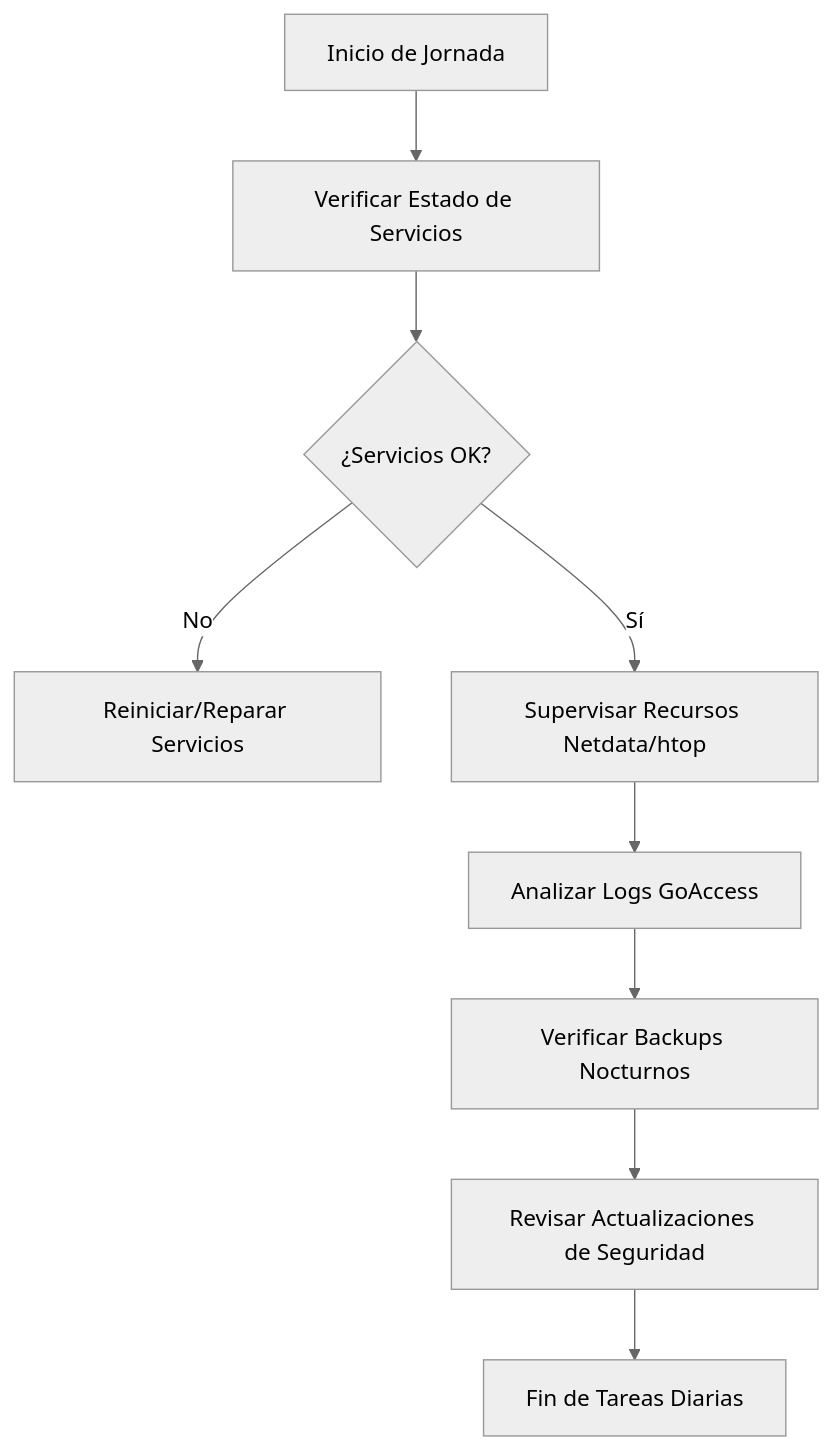
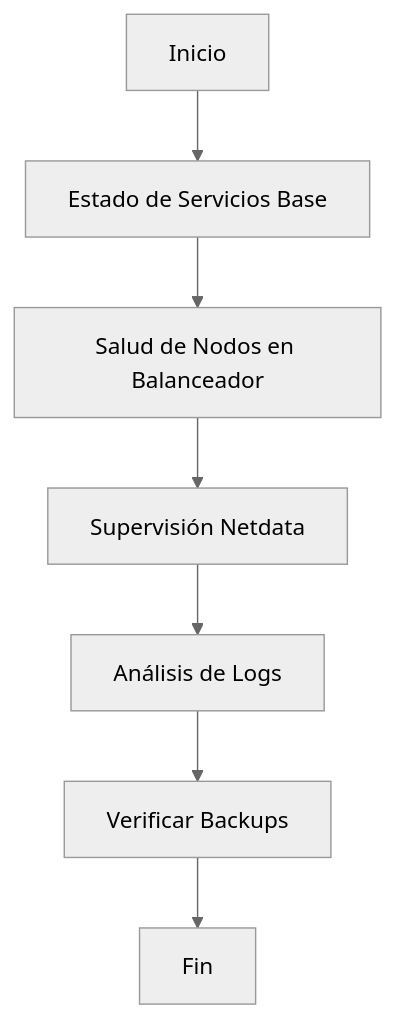
One commit to vjp-yusefLC/proyecto-git-md changed the diagram in docs/05-operacion.md. Above: the diagram before and after it, drawn with Mermaid (neutral theme). The commit also changed other lines of this file and 1 other file, not shown here.

````diff
--- a/docs/05-operacion.md
+++ b/docs/05-operacion.md
@@ -11,11 +9,9 @@
 ```mermaid
 graph TD
-    A[Inicio de Jornada] --> B[Verificar Estado de Servicios]
-    B --> C{¿Servicios OK?}
-    C -- No --> D[Reiniciar/Reparar Servicios]
-    C -- Sí --> E[Supervisar Recursos Netdata/htop]
-    E --> F[Analizar Logs GoAccess]
-    F --> G[Verificar Backups Nocturnos]
-    G --> H[Revisar Actualizaciones de Seguridad]
-    H --> I[Fin de Tareas Diarias]
+    A[Inicio] --> B[Estado de Servicios Base]
+    B --> C[Salud de Nodos en Balanceador]
+    C --> D[Supervisión Netdata]
+    D --> E[Análisis de Logs]
+    E --> F[Verificar Backups]
+    F --> G[Fin]
 ```
````
